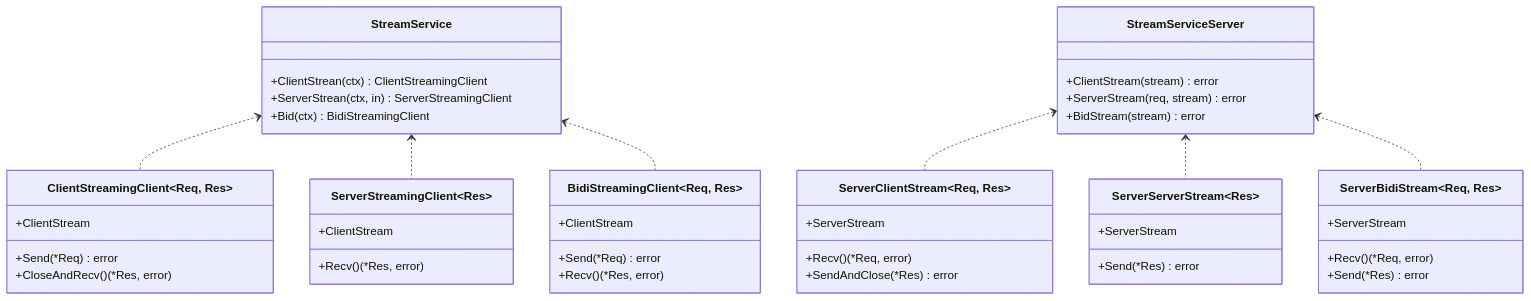
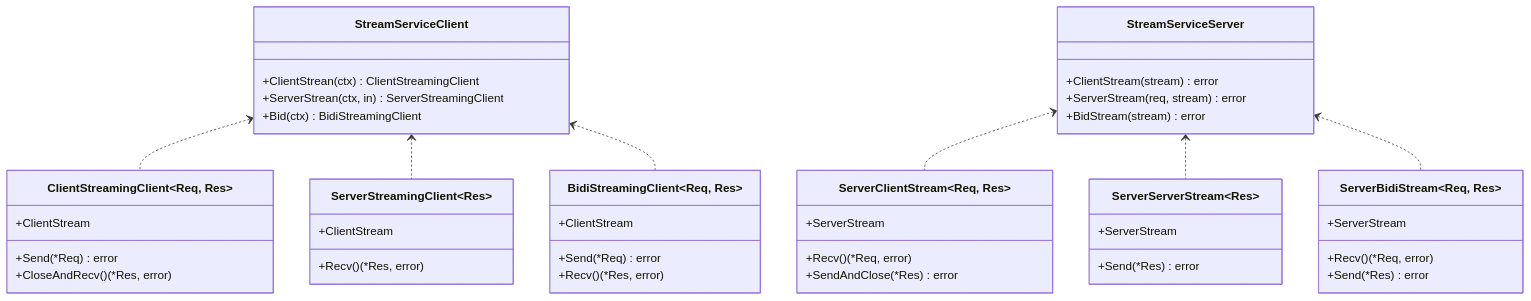
Before and after one commit to soyacen/goose: the second of 15 diagrams in .agents/repowiki/zh/content/示例和最佳实践/WebSocket流式系统.md, drawn with Mermaid. The commit also changed other lines of this file and 4 other files, not shown here.

First line of the commit message:
Refactor stream service code: simplify request/response types and separate interfaces

````diff
--- a/.agents/repowiki/zh/content/示例和最佳实践/WebSocket流式系统.md
+++ b/.agents/repowiki/zh/content/示例和最佳实践/WebSocket流式系统.md
@@ -100,47 +99,47 @@
 ```mermaid
 classDiagram
-class StreamService {
+class StreamServiceClient {
 +ClientStrean(ctx) ClientStreamingClient
 +ServerStrean(ctx, in) ServerStreamingClient
 +Bid(ctx) BidiStreamingClient
 }
 class StreamServiceServer {
 +ClientStream(stream) error
 +ServerStream(req, stream) error
 +BidStream(stream) error
 }
 class ClientStreamingClient~Req, Res~ {
 +Send(*Req) error
 +CloseAndRecv() (*Res, error)
 +ClientStream
 }
 class ServerStreamingClient~Res~ {
 +Recv() (*Res, error)
 +ClientStream
 }
 class BidiStreamingClient~Req, Res~ {
 +Send(*Req) error
 +Recv() (*Res, error)
 +ClientStream
 }
 class ServerClientStream~Req, Res~ {
 +Recv() (*Req, error)
 +SendAndClose(*Res) error
 +ServerStream
 }
 class ServerServerStream~Res~ {
 +Send(*Res) error
 +ServerStream
 }
 class ServerBidiStream~Req, Res~ {
 +Recv() (*Req, error)
 +Send(*Res) error
 +ServerStream
 }
-StreamService <.. ClientStreamingClient
-StreamService <.. ServerStreamingClient
-StreamService <.. BidiStreamingClient
+StreamServiceClient <.. ClientStreamingClient
+StreamServiceClient <.. ServerStreamingClient
+StreamServiceClient <.. BidiStreamingClient
 StreamServiceServer <.. ServerClientStream
 StreamServiceServer <.. ServerServerStream
 StreamServiceServer <.. ServerBidiStream
 ```
````
